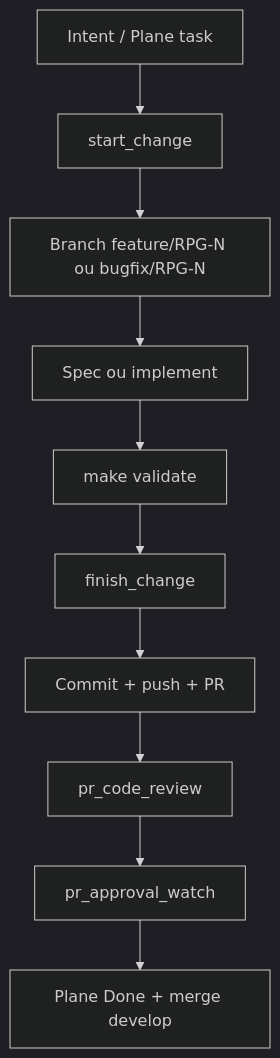
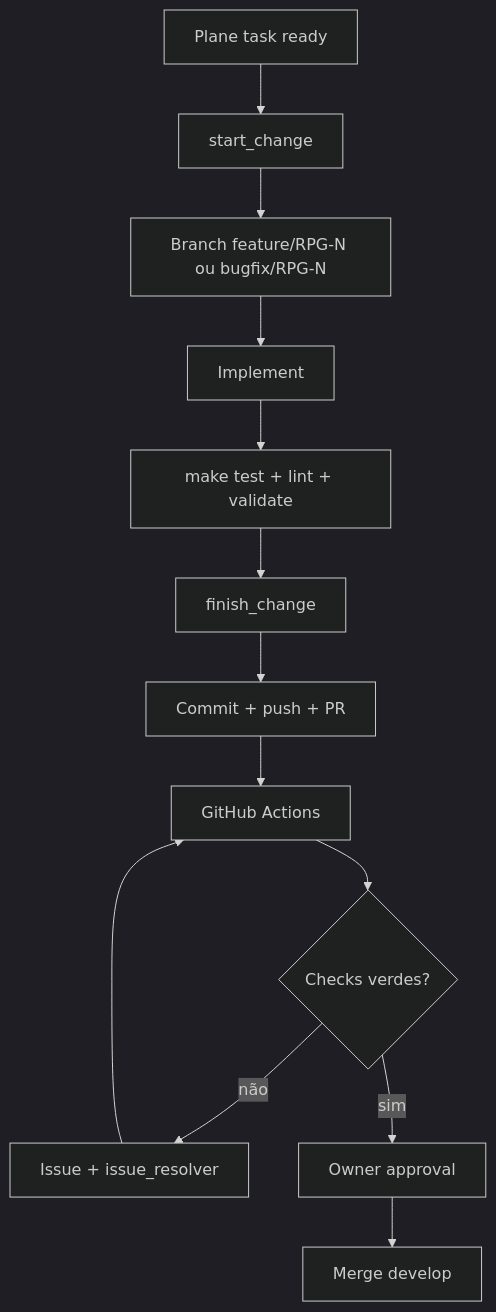
One commit to DiegoCrassus/sdlc-ai changed the diagram in .sdlc/workflows/change-lifecycle.md. Above: the diagram before and after it, drawn with Mermaid (dark theme). The commit also changed other lines of this file and 52 other files, not shown here.

First line of the commit message:
refine: enforce strict GitFlow with Plane task prerequisite and CI gates

````diff
--- a/.sdlc/workflows/change-lifecycle.md
+++ b/.sdlc/workflows/change-lifecycle.md
@@ -5,12 +5,15 @@
 ```mermaid
 flowchart TB
-    A[Intent / Plane task] --> B[start_change]
+    A[Plane task ready] --> B[start_change]
     B --> C[Branch feature/RPG-N ou bugfix/RPG-N]
-    C --> D[Spec ou implement]
-    D --> E[make validate]
+    C --> D[Implement]
+    D --> E[make test + lint + validate]
     E --> F[finish_change]
     F --> G[Commit + push + PR]
-    G --> H[pr_code_review]
-    H --> I[pr_approval_watch]
-    I --> J[Plane Done + merge develop]
+    G --> H[GitHub Actions]
+    H --> I{Checks verdes?}
+    I -->|não| K[Issue + issue_resolver]
+    K --> H
+    I -->|sim| L[Owner approval]
+    L --> M[Merge develop]
 ```
````
